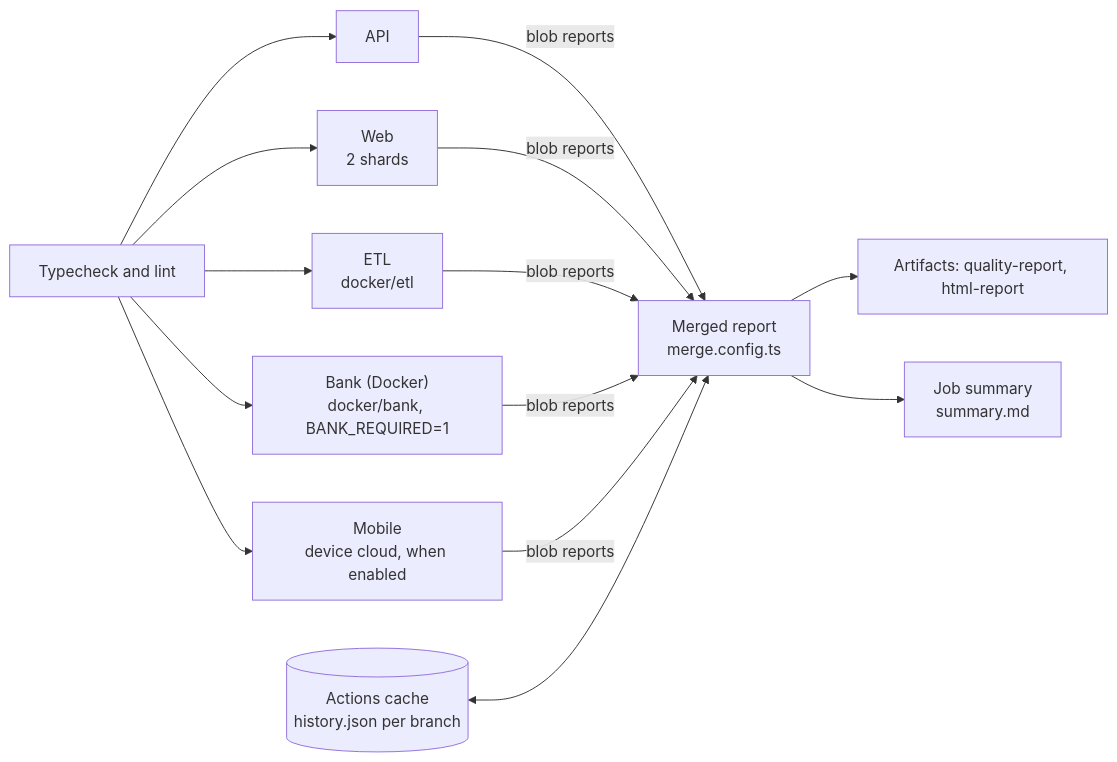
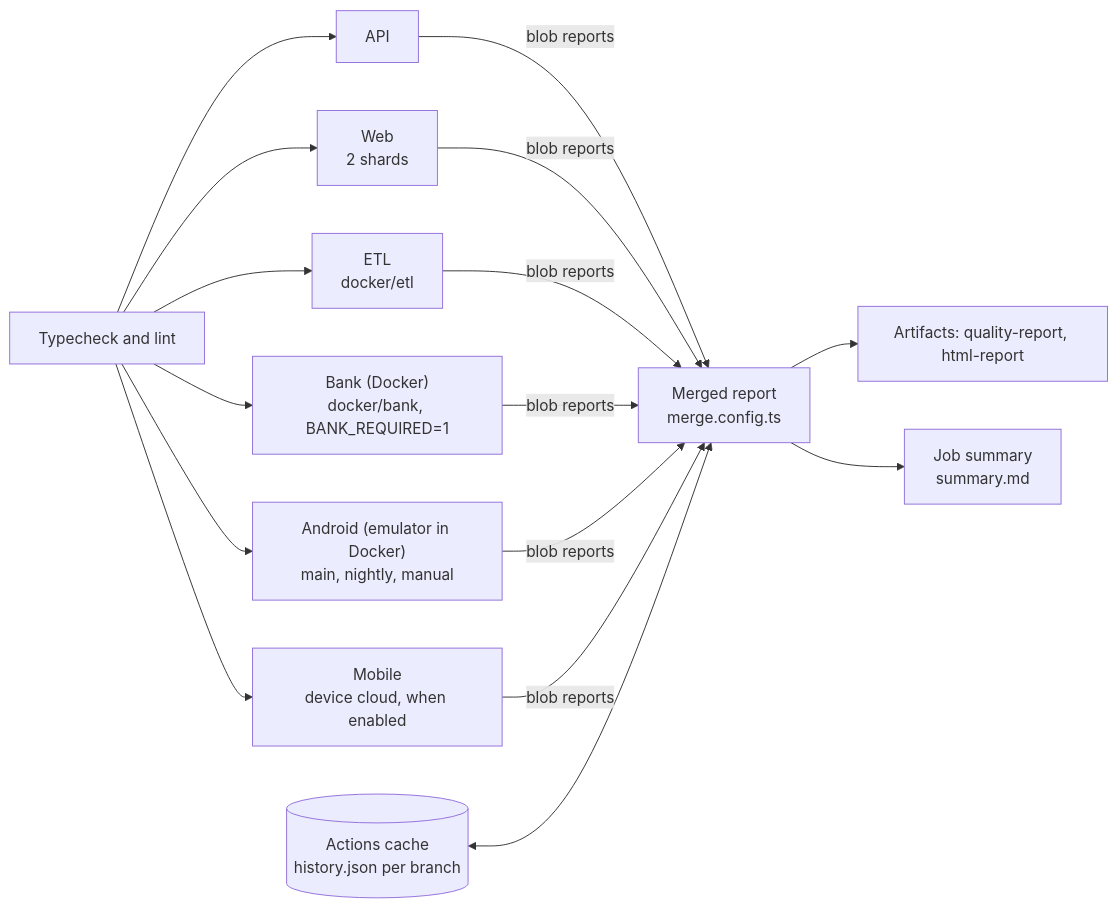
One commit to robindraec09/unified-automation-framework changed diagram 12 of 14 in docs/ARCHITECTURE.md. Above: the diagram before and after it, drawn with Mermaid. The commit also changed other lines of this file and 42 other files, not shown here.

````diff
--- a/docs/ARCHITECTURE.md
+++ b/docs/ARCHITECTURE.md
@@ -357,12 +403,13 @@
 ```mermaid
 flowchart LR
   static["Typecheck and lint"] --> api["API"]
   static --> web["Web<br/>2 shards"]
   static --> etl["ETL<br/>docker/etl"]
   static --> bank["Bank (Docker)<br/>docker/bank, BANK_REQUIRED=1"]
+  static --> android["Android (emulator in Docker)<br/>main, nightly, manual"]
   static --> mobile["Mobile<br/>device cloud, when enabled"]
-  api & web & etl & bank & mobile -->|"blob reports"| report["Merged report<br/>merge.config.ts"]
+  api & web & etl & bank & android & mobile -->|"blob reports"| report["Merged report<br/>merge.config.ts"]
   cache[("Actions cache<br/>history.json per branch")] <--> report
   report --> artefacts["Artifacts: quality-report, html-report"]
   report --> summary["Job summary<br/>summary.md"]
 ```
````
